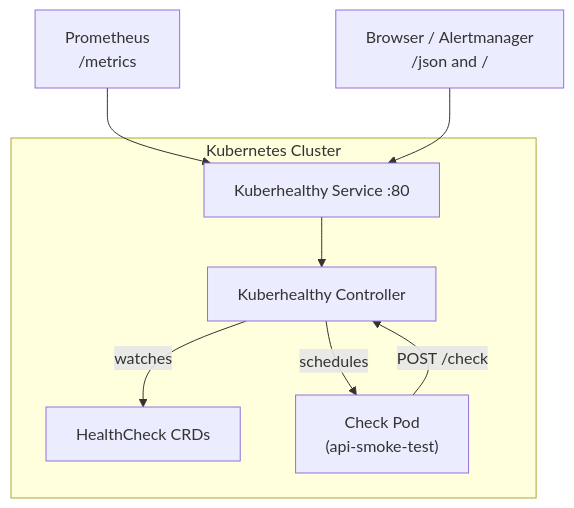
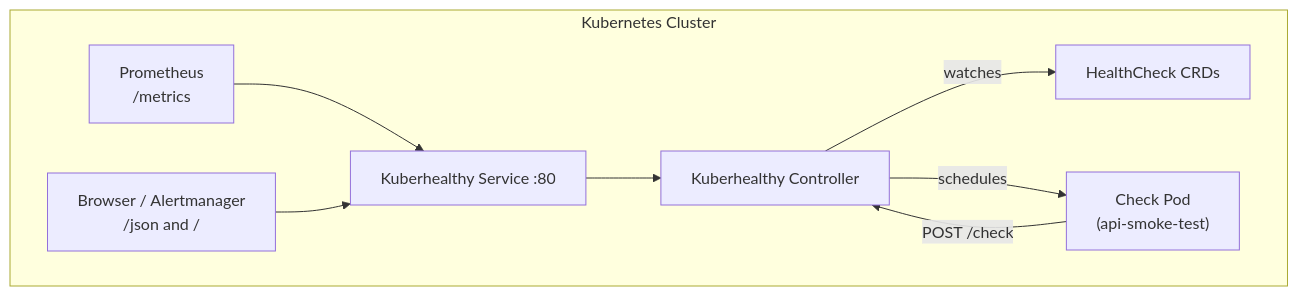
Before and after one commit to kuberhealthy/kuberhealthy: the diagram in README.md, drawn with Mermaid.

Commit message:
mermaid fixes

````diff
--- a/README.md
+++ b/README.md
@@ -31,20 +31,18 @@
 ```mermaid
 graph TB
     subgraph cluster["Kubernetes Cluster"]
         crds["HealthCheck CRDs"]
         controller["Kuberhealthy Controller"]
         pod["Check Pod\n(api-smoke-test)"]
         svc["Kuberhealthy Service :80"]
+        prometheus["Prometheus\n/metrics"]
+        browser["Browser / Alertmanager\n/json and /"]
 
         controller -->|watches| crds
         controller -->|schedules| pod
         pod -->|"POST /check"| controller
         svc --> controller
+        prometheus --> svc
+        browser --> svc
     end
-
-    prometheus["Prometheus\n/metrics"]
-    browser["Browser / Alertmanager\n/json and /"]
-
-    prometheus --> svc
-    browser --> svc
 ```
````
